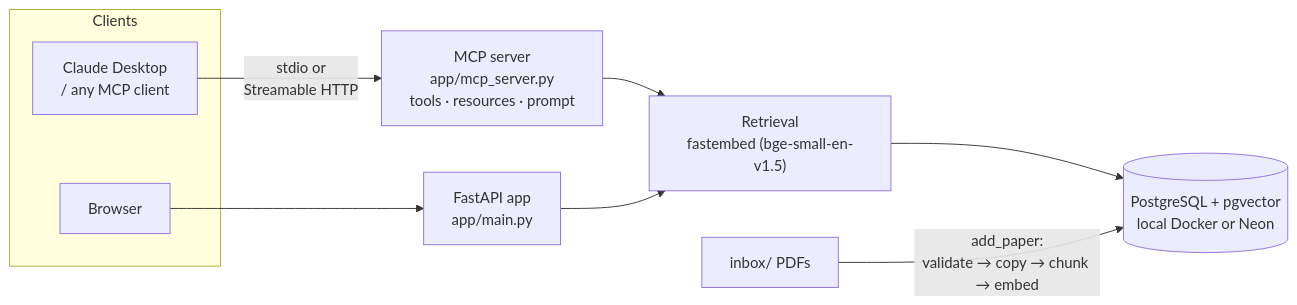
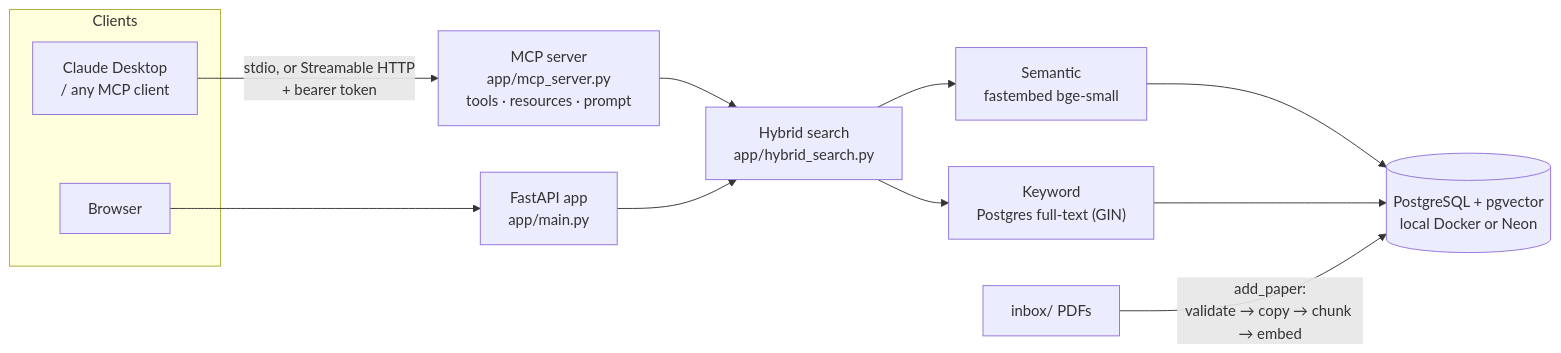
Before and after one commit to Enoch-Nemili/papermind: the diagram in README.md, drawn with Mermaid. The commit also changed other lines of this file and 2 other files, not shown here.

Commit message:
docs: demo GIF + README for hybrid search, evals, auth, Docker, bugs found by testing (closes #6)

````diff
--- a/README.md
+++ b/README.md
@@ -28,13 +24,16 @@
 ```mermaid
 flowchart LR
     subgraph Clients
         CD["Claude Desktop<br/>/ any MCP client"]
         B["Browser"]
     end
-    CD -- "stdio or<br/>Streamable HTTP" --> M["MCP server<br/>app/mcp_server.py<br/>tools · resources · prompt"]
+    CD -- "stdio, or Streamable HTTP<br/>+ bearer token" --> M["MCP server<br/>app/mcp_server.py<br/>tools · resources · prompt"]
     B --> F["FastAPI app<br/>app/main.py"]
-    M --> R["Retrieval<br/>fastembed (bge-small-en-v1.5)"]
-    F --> R
-    R --> V[("PostgreSQL + pgvector<br/>local Docker or Neon")]
+    M --> H["Hybrid search<br/>app/hybrid_search.py"]
+    F --> H
+    H --> S["Semantic<br/>fastembed bge-small"]
+    H --> K["Keyword<br/>Postgres full-text (GIN)"]
+    S --> V[("PostgreSQL + pgvector<br/>local Docker or Neon")]
+    K --> V
     I["inbox/ PDFs"] -- "add_paper:<br/>validate → copy → chunk → embed" --> V
 ```
````
